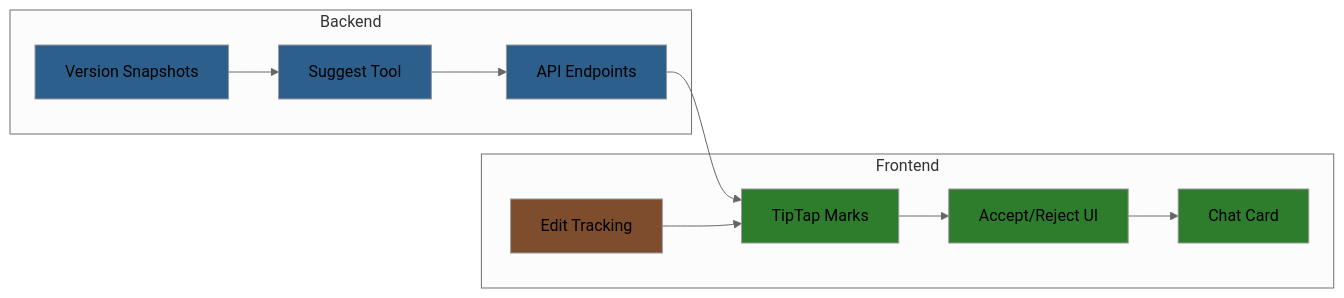
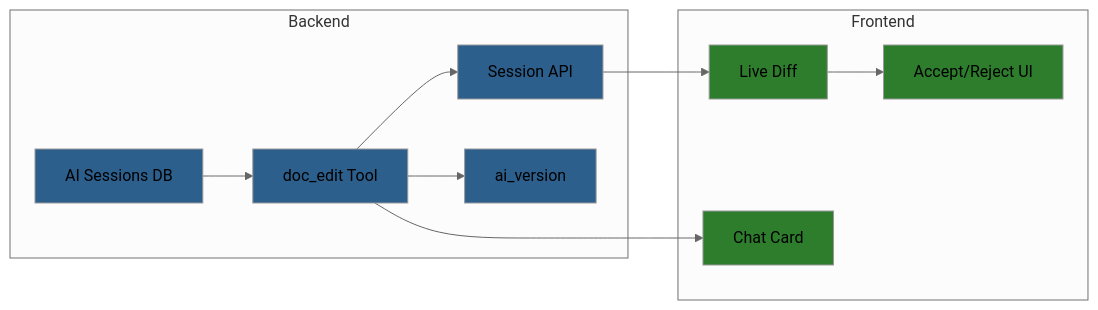
The first of 2 diagrams in _docs/plans/ai-editing/README.md (haowjy/meridian), drawn with Mermaid (neutral theme) before and after one commit. The commit also changed other lines of this file and 87 other files, not shown here.

````diff
--- a/_docs/plans/ai-editing/README.md
+++ b/_docs/plans/ai-editing/README.md
@@ -16,22 +16,23 @@
 ```mermaid
 flowchart LR
     subgraph Backend
-        V[Version Snapshots] --> T[Suggest Tool] --> A[API Endpoints]
+        S[AI Sessions DB] --> T[doc_edit Tool] --> A[Session API]
+        T --> V[ai_version]
     end
 
     subgraph Frontend
-        M[TipTap Marks] --> U[Accept/Reject UI] --> C[Chat Card]
-        E[Edit Tracking]
+        D[Live Diff] --> U[Accept/Reject UI]
+        C[Chat Card]
     end
 
-    A --> M
-    E --> M
+    A --> D
+    T --> C
 
-    style V fill:#2d5f8d
+    style S fill:#2d5f8d
     style T fill:#2d5f8d
     style A fill:#2d5f8d
-    style M fill:#2d7d2d
+    style V fill:#2d5f8d
+    style D fill:#2d7d2d
     style U fill:#2d7d2d
     style C fill:#2d7d2d
-    style E fill:#7d4d2d
 ```
````
